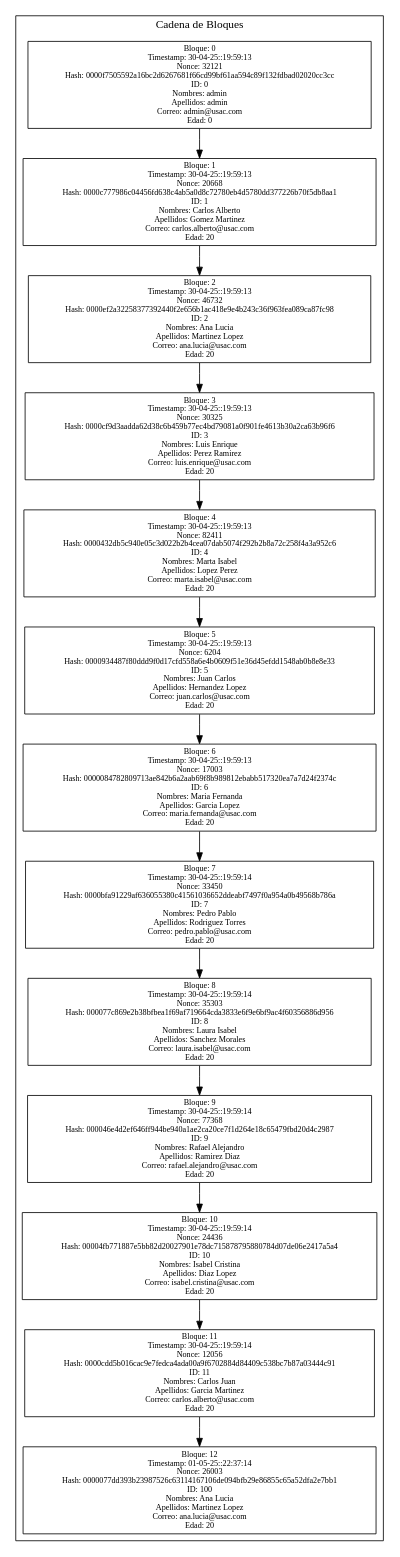
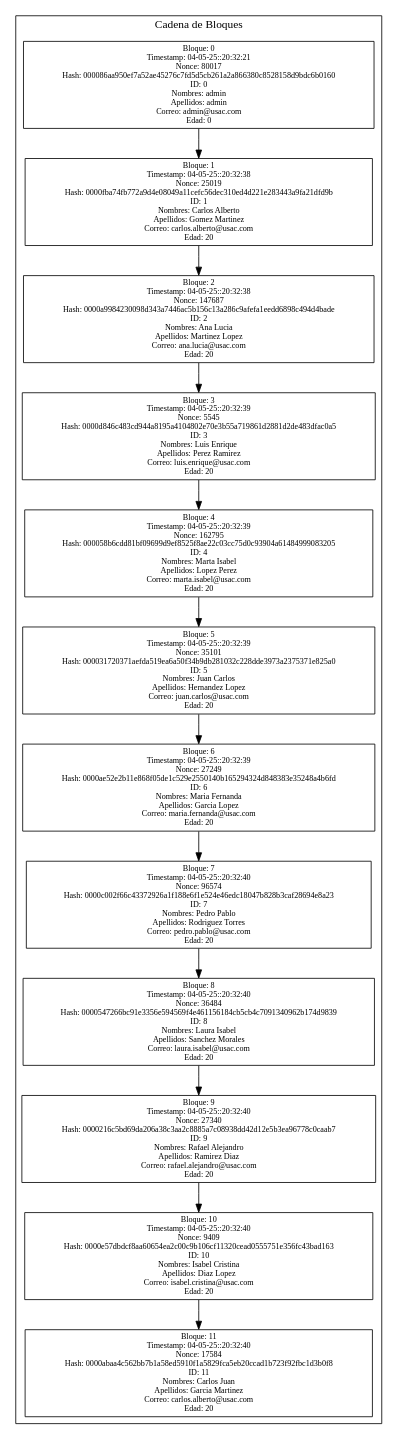
Before and after one commit to CarlosdelCidUSAC/EDD-1S2025_202300625: the diagram in Fase3/reportedot/Blockchain.dot, drawn with Graphviz. The commit also changed 25 other files, not shown here.

```diff
--- a/Fase3/reportedot/Blockchain.dot
+++ b/Fase3/reportedot/Blockchain.dot
@@ -1,32 +1,30 @@
 digraph G {
 node [shape=record, fontsize=10];
   graph [rankdir=TB];
   subgraph cluster_0 {
     label="Cadena de Bloques";
-0 [label="Bloque: 0\nTimestamp: 30-04-25::19:59:13\nNonce: 32121\nHash: 0000f7505592a16bc2d6267681f66cd99bf61aa594c89f132fdbad02020cc3cc\nID: 0\nNombres: admin\nApellidos: admin\nCorreo: admin@usac.com\nEdad: 0"];
-1 [label="Bloque: 1\nTimestamp: 30-04-25::19:59:13\nNonce: 20668\nHash: 0000c777986c04456fd638c4ab5a0d8c72780eb4d5780dd377226b70f5db8aa1\nID: 1\nNombres: Carlos Alberto\nApellidos: Gomez Martinez\nCorreo: carlos.alberto@usac.com\nEdad: 20"];
+0 [label="Bloque: 0\nTimestamp: 04-05-25::20:32:21\nNonce: 80017\nHash: 000086aa950ef7a52ae45276c7fd5d5cb261a2a866380c8528158d9bdc6b0160\nID: 0\nNombres: admin\nApellidos: admin\nCorreo: admin@usac.com\nEdad: 0"];
+1 [label="Bloque: 1\nTimestamp: 04-05-25::20:32:38\nNonce: 25019\nHash: 0000fba74fb772a9d4e08049a11cefc56dec310ed4d221e283443a9fa21dfd9b\nID: 1\nNombres: Carlos Alberto\nApellidos: Gomez Martinez\nCorreo: carlos.alberto@usac.com\nEdad: 20"];
 0 -> 1;
-2 [label="Bloque: 2\nTimestamp: 30-04-25::19:59:13\nNonce: 46732\nHash: 0000ef2a32258377392440f2e656b1ac418e9e4b243c36f963fea089ca87fc98\nID: 2\nNombres: Ana Lucia\nApellidos: Martinez Lopez\nCorreo: ana.lucia@usac.com\nEdad: 20"];
+2 [label="Bloque: 2\nTimestamp: 04-05-25::20:32:38\nNonce: 147687\nHash: 0000a9984230098d343a7446ac5b156c13a286c9afefa1eedd6898c494d4bade\nID: 2\nNombres: Ana Lucia\nApellidos: Martinez Lopez\nCorreo: ana.lucia@usac.com\nEdad: 20"];
 1 -> 2;
-3 [label="Bloque: 3\nTimestamp: 30-04-25::19:59:13\nNonce: 30325\nHash: 0000cf9d3aadda62d38c6b459b77ec4bd79081a0f901fe4613b30a2ca63b96f6\nID: 3\nNombres: Luis Enrique\nApellidos: Perez Ramirez\nCorreo: luis.enrique@usac.com\nEdad: 20"];
+3 [label="Bloque: 3\nTimestamp: 04-05-25::20:32:39\nNonce: 5545\nHash: 0000d846c483cd944a8195a4104802e70e3b55a719861d2881d2de483dfac0a5\nID: 3\nNombres: Luis Enrique\nApellidos: Perez Ramirez\nCorreo: luis.enrique@usac.com\nEdad: 20"];
 2 -> 3;
-4 [label="Bloque: 4\nTimestamp: 30-04-25::19:59:13\nNonce: 82411\nHash: 0000432db5c940e05c3d022b2b4cea07dab5074f292b2b8a72c258f4a3a952c6\nID: 4\nNombres: Marta Isabel\nApellidos: Lopez Perez\nCorreo: marta.isabel@usac.com\nEdad: 20"];
+4 [label="Bloque: 4\nTimestamp: 04-05-25::20:32:39\nNonce: 162795\nHash: 000058b6cdd81bf09699d9ef8525f8ae22c03cc75d0c93904a61484999083205\nID: 4\nNombres: Marta Isabel\nApellidos: Lopez Perez\nCorreo: marta.isabel@usac.com\nEdad: 20"];
 3 -> 4;
-5 [label="Bloque: 5\nTimestamp: 30-04-25::19:59:13\nNonce: 6204\nHash: 0000934487f80ddd9f0d17cfd558a6e4b0609f51e36d45efdd1548ab0b8e8e33\nID: 5\nNombres: Juan Carlos\nApellidos: Hernandez Lopez\nCorreo: juan.carlos@usac.com\nEdad: 20"];
+5 [label="Bloque: 5\nTimestamp: 04-05-25::20:32:39\nNonce: 35101\nHash: 000031720371aefda519ea6a50f34b9db281032c228dde3973a2375371e825a0\nID: 5\nNombres: Juan Carlos\nApellidos: Hernandez Lopez\nCorreo: juan.carlos@usac.com\nEdad: 20"];
 4 -> 5;
-6 [label="Bloque: 6\nTimestamp: 30-04-25::19:59:13\nNonce: 17003\nHash: 0000084782809713ae842b6a2aab69f8b989812ebabb517320ea7a7d24f2374c\nID: 6\nNombres: Maria Fernanda\nApellidos: Garcia Lopez\nCorreo: maria.fernanda@usac.com\nEdad: 20"];
+6 [label="Bloque: 6\nTimestamp: 04-05-25::20:32:39\nNonce: 27249\nHash: 0000ae52e2b11e868f05de1c529e2550140b165294324d848383e35248a4b6fd\nID: 6\nNombres: Maria Fernanda\nApellidos: Garcia Lopez\nCorreo: maria.fernanda@usac.com\nEdad: 20"];
 5 -> 6;
-7 [label="Bloque: 7\nTimestamp: 30-04-25::19:59:14\nNonce: 33450\nHash: 0000bfa91229af636055380c41561036652ddeabf7497f0a954a0b49568b786a\nID: 7\nNombres: Pedro Pablo\nApellidos: Rodriguez Torres\nCorreo: pedro.pablo@usac.com\nEdad: 20"];
+7 [label="Bloque: 7\nTimestamp: 04-05-25::20:32:40\nNonce: 96574\nHash: 0000c002f66c43372926a1f188e6f1e524e46edc18047b828b3caf28694e8a23\nID: 7\nNombres: Pedro Pablo\nApellidos: Rodriguez Torres\nCorreo: pedro.pablo@usac.com\nEdad: 20"];
 6 -> 7;
-8 [label="Bloque: 8\nTimestamp: 30-04-25::19:59:14\nNonce: 35303\nHash: 000077c869e2b38bfbea1f69af719664cda3833e6f9e6bf9ac4f60356886d956\nID: 8\nNombres: Laura Isabel\nApellidos: Sanchez Morales\nCorreo: laura.isabel@usac.com\nEdad: 20"];
+8 [label="Bloque: 8\nTimestamp: 04-05-25::20:32:40\nNonce: 36484\nHash: 0000547266bc91e3356e594569f4e461156184cb5cb4c7091340962b174d9839\nID: 8\nNombres: Laura Isabel\nApellidos: Sanchez Morales\nCorreo: laura.isabel@usac.com\nEdad: 20"];
 7 -> 8;
-9 [label="Bloque: 9\nTimestamp: 30-04-25::19:59:14\nNonce: 77368\nHash: 000046e4d2ef646ff944be940a1ae2ca20ce7f1d264e18c65479fbd20d4c2987\nID: 9\nNombres: Rafael Alejandro\nApellidos: Ramirez Diaz\nCorreo: rafael.alejandro@usac.com\nEdad: 20"];
+9 [label="Bloque: 9\nTimestamp: 04-05-25::20:32:40\nNonce: 27340\nHash: 0000216c5bd69da206a38c3aa2c8885a7c08938dd42d12e5b3ea96778c0caab7\nID: 9\nNombres: Rafael Alejandro\nApellidos: Ramirez Diaz\nCorreo: rafael.alejandro@usac.com\nEdad: 20"];
 8 -> 9;
-10 [label="Bloque: 10\nTimestamp: 30-04-25::19:59:14\nNonce: 24436\nHash: 00004fb771887e5bb82d20027901e78dc715878795880784d07de06e2417a5a4\nID: 10\nNombres: Isabel Cristina\nApellidos: Diaz Lopez\nCorreo: isabel.cristina@usac.com\nEdad: 20"];
+10 [label="Bloque: 10\nTimestamp: 04-05-25::20:32:40\nNonce: 9409\nHash: 0000e57dbdcf8aa60654ea2c00c9b106cf11320cead0555751e356fc43bad163\nID: 10\nNombres: Isabel Cristina\nApellidos: Diaz Lopez\nCorreo: isabel.cristina@usac.com\nEdad: 20"];
 9 -> 10;
-11 [label="Bloque: 11\nTimestamp: 30-04-25::19:59:14\nNonce: 12056\nHash: 0000cdd5b016cac9e7fedca4ada00a9f6702884d84409c538bc7b87a03444c91\nID: 11\nNombres: Carlos Juan\nApellidos: Garcia Martinez\nCorreo: carlos.alberto@usac.com\nEdad: 20"];
+11 [label="Bloque: 11\nTimestamp: 04-05-25::20:32:40\nNonce: 17584\nHash: 0000abaa4c562bb7b1a58ed5910f1a5829fca5eb20ccad1b723f92fbc1d3b0f8\nID: 11\nNombres: Carlos Juan\nApellidos: Garcia Martinez\nCorreo: carlos.alberto@usac.com\nEdad: 20"];
 10 -> 11;
-12 [label="Bloque: 12\nTimestamp: 01-05-25::22:37:14\nNonce: 26003\nHash: 0000077dd393b23987526c63114167106de094bfb29e86855c65a52dfa2e7bb1\nID: 100\nNombres: Ana Lucia\nApellidos: Martinez Lopez\nCorreo: ana.lucia@usac.com\nEdad: 20"];
-11 -> 12;
 }
 }
```
